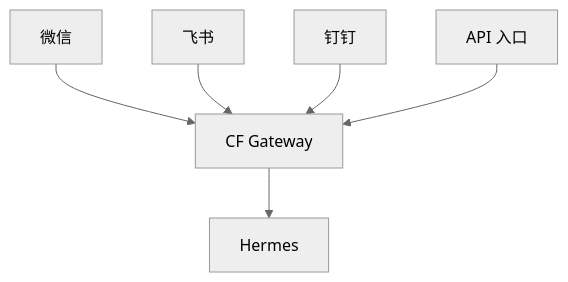
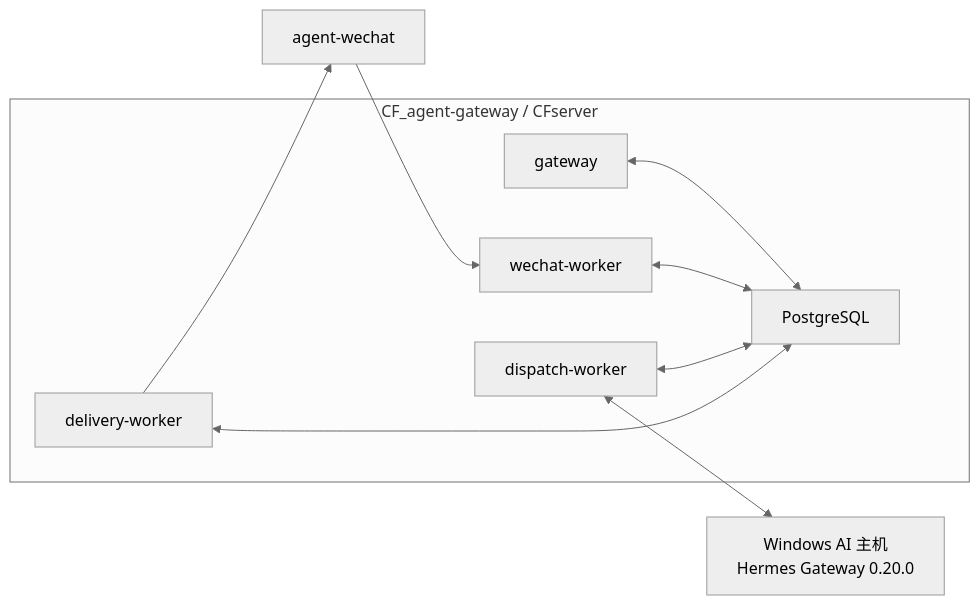
One commit to Tangbohu09527/CF_ecommerce-automation-docs changed the first of 2 diagrams in architecture/gateway-architecture.md. Above: the diagram before and after it, drawn with Mermaid (neutral theme). The commit also changed other lines of this file and 15 other files, not shown here.

Commit message:
docs: sync WeChat gateway production architecture and status

````diff
--- a/architecture/gateway-architecture.md
+++ b/architecture/gateway-architecture.md
@@ -28,8 +21,18 @@
 ```mermaid
-flowchart TB
-    W["微信"] --> G["CF Gateway"]
-    F["飞书"] --> G
-    D["钉钉"] --> G
-    A["API 入口"] --> G
-    G --> H["Hermes"]
+flowchart LR
+    AW["agent-wechat"] --> WW["wechat-worker"]
+    subgraph G["CF_agent-gateway / CFserver"]
+        API["gateway"]
+        WW
+        DW["dispatch-worker"]
+        DLW["delivery-worker"]
+        PG["PostgreSQL"]
+
+        API <--> PG
+        WW <--> PG
+        DW <--> PG
+        DLW <--> PG
+    end
+    DW <--> H["Windows AI 主机<br/>Hermes Gateway 0.20.0"]
+    DLW --> AW
 ```
````
